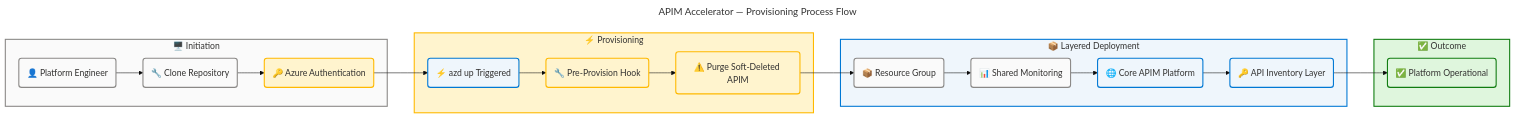
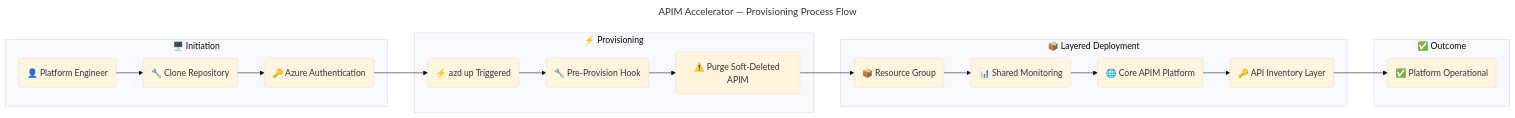
One commit to Evilazaro/APIM-Accelerator changed the second of 6 diagrams in docs/architecture/business-architecture.md. Above: the diagram before and after it, drawn with Mermaid. The commit also changed other lines of this file and 2 other files, not shown here.

Commit message:
style: remove redundant comments and streamline flowchart styles for clarity in architecture documentation

````diff
--- a/docs/architecture/business-architecture.md
+++ b/docs/architecture/business-architecture.md
@@ -347,64 +313,45 @@
 ```mermaid
 ---
 title: "APIM Accelerator — Provisioning Process Flow"
 config:
   theme: base
   look: classic
   layout: dagre
   themeVariables:
     fontSize: '16px'
   flowchart:
     htmlLabels: true
 ---
 flowchart LR
     accTitle: API Platform Provisioning Process Flow
     accDescr: End-to-end provisioning sequence from platform engineer authentication through azd-up trigger, pre-provision hook soft-delete cleanup, layered Bicep deployment of monitoring then APIM then inventory, to operational platform outcome — sourced from README.md and azure.yaml
 
-    %% ═══════════════════════════════════════════════════════════════════════════
-    %% AZURE / FLUENT ARCHITECTURE PATTERN v1.1
-    %% (Semantic + Structural + Font + Accessibility Governance)
-    %% ═══════════════════════════════════════════════════════════════════════════
-    %% PHASE 1 - FLUENT UI: All styling uses approved Fluent UI palette only
-    %% PHASE 2 - GROUPS: Every subgraph has semantic color via style directive
-    %% PHASE 3 - COMPONENTS: Every node has semantic classDef + icon prefix
-    %% PHASE 4 - ACCESSIBILITY: accTitle/accDescr present, WCAG AA contrast
-    %% PHASE 5 - STANDARD: Governance block present, classDefs centralized
-    %% ═══════════════════════════════════════════════════════════════════════════
 
     subgraph initiation["🖥️ Initiation"]
         actor("👤 Platform Engineer"):::neutral
         clone("🔧 Clone Repository"):::neutral
         auth("🔑 Azure Authentication"):::warning
     end
 
     subgraph provisioning["⚡ Provisioning"]
         trigger("⚡ azd up Triggered"):::core
         preHook("🔧 Pre-Provision Hook"):::warning
         purge("⚠️ Purge Soft-Deleted APIM"):::warning
     end
 
     subgraph deployment["📦 Layered Deployment"]
         rg("📦 Resource Group"):::neutral
         monitoring("📊 Shared Monitoring"):::neutral
         apim("🌐 Core APIM Platform"):::core
         inventory("🔑 API Inventory Layer"):::core
     end
 
     subgraph outcome["✅ Outcome"]
         ready("✅ Platform Operational"):::success
     end
 
     actor --> clone --> auth --> trigger
     trigger --> preHook --> purge --> rg
     rg --> monitoring --> apim --> inventory --> ready
 
-    style initiation fill:#FAFAFA,stroke:#8A8886,stroke-width:2px,color:#323130
-    style provisioning fill:#FFF4CE,stroke:#FFB900,stroke-width:2px,color:#323130
-    style deployment fill:#EFF6FC,stroke:#0078D4,stroke-width:2px,color:#323130
-    style outcome fill:#DFF6DD,stroke:#107C10,stroke-width:2px,color:#323130
-
-    classDef neutral fill:#FAFAFA,stroke:#8A8886,stroke-width:2px,color:#323130
-    classDef core fill:#EFF6FC,stroke:#0078D4,stroke-width:2px,color:#323130
-    classDef success fill:#DFF6DD,stroke:#107C10,stroke-width:2px,color:#323130
-    classDef warning fill:#FFF4CE,stroke:#FFB900,stroke-width:2px,color:#323130
 ```
````
